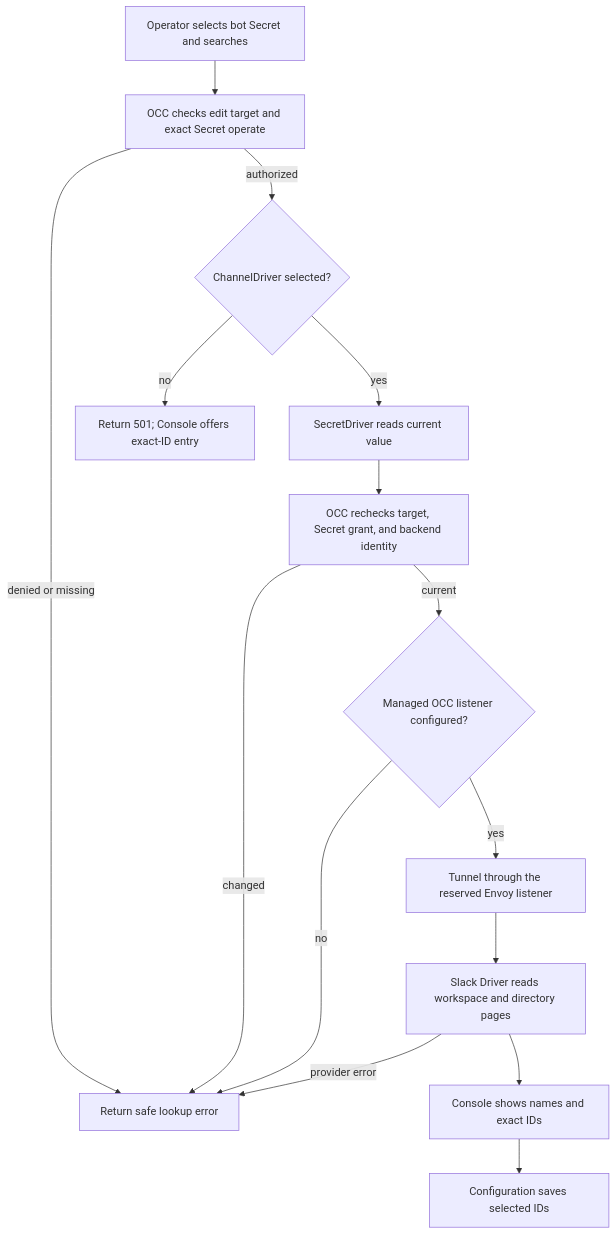
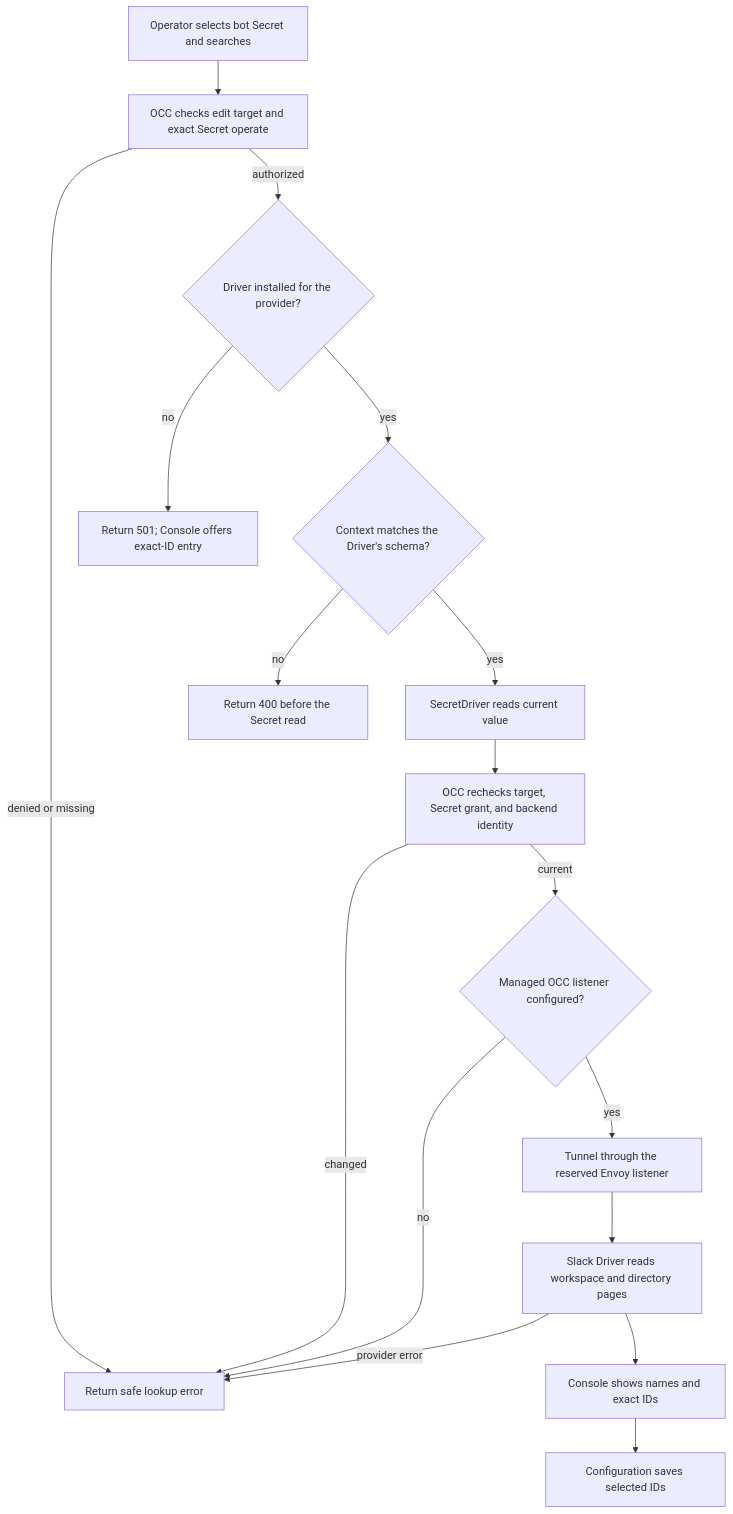
One commit to openclaw/openclaw-enterprise changed the diagram in docs/flows/agent-channel-directory.md. Above: the diagram before and after it, drawn with Mermaid. The commit also changed other lines of this file and 47 other files, not shown here.

First line of the commit message:
feat(channels): install Channel Drivers per provider with declared lookup fields

````diff
--- a/docs/flows/agent-channel-directory.md
+++ b/docs/flows/agent-channel-directory.md
@@ -30,17 +31,19 @@
 ```mermaid
 graph TD
   A["Operator selects bot Secret and searches"] --> B["OCC checks edit target and exact Secret operate"]
   B -->|denied or missing| X["Return safe lookup error"]
-  B -->|authorized| P{"ChannelDriver selected?"}
+  B -->|authorized| P{"Driver installed for the provider?"}
   P -->|no| U["Return 501; Console offers exact-ID entry"]
-  P -->|yes| C["SecretDriver reads current value"]
+  P -->|yes| K{"Context matches the Driver's schema?"}
+  K -->|no| I["Return 400 before the Secret read"]
+  K -->|yes| C["SecretDriver reads current value"]
   C --> D["OCC rechecks target, Secret grant, and backend identity"]
   D -->|changed| X
   D -->|current| M{"Managed OCC listener configured?"}
   M -->|no| X
   M -->|yes| H["Tunnel through the reserved Envoy listener"]
   H --> E["Slack Driver reads workspace and directory pages"]
   E -->|provider error| X
   E --> F["Console shows names and exact IDs"]
   F --> G["Configuration saves selected IDs"]
 ```
````
